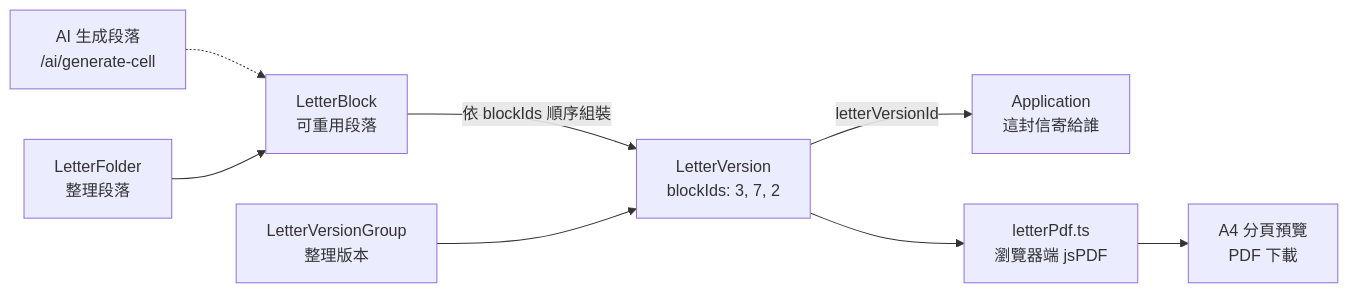
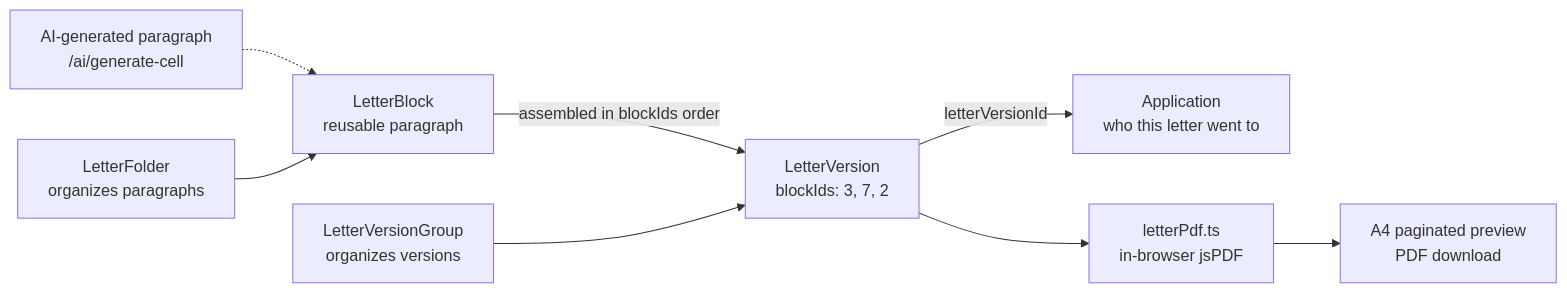
Before and after one commit to ychun816/scandiva: the fourth of 6 diagrams in NOTE.md, drawn with Mermaid. The commit also changed other lines of this file and 27 other files, not shown here.

````diff
--- a/NOTE.md
+++ b/NOTE.md
@@ -184,10 +184,10 @@
 ```mermaid
 flowchart LR
-    AI["AI 生成段落<br/>/ai/generate-cell"] -.-> B
-    F["LetterFolder<br/>整理段落"] --> B["LetterBlock<br/>可重用段落"]
-    B -->|"依 blockIds 順序組裝"| V["LetterVersion<br/>blockIds: 3, 7, 2"]
-    G["LetterVersionGroup<br/>整理版本"] --> V
-    V -->|"letterVersionId"| A["Application<br/>這封信寄給誰"]
-    V --> P["letterPdf.ts<br/>瀏覽器端 jsPDF"]
-    P --> O["A4 分頁預覽<br/>PDF 下載"]
+    AI["AI-generated paragraph<br/>/ai/generate-cell"] -.-> B
+    F["LetterFolder<br/>organizes paragraphs"] --> B["LetterBlock<br/>reusable paragraph"]
+    B -->|"assembled in blockIds order"| V["LetterVersion<br/>blockIds: 3, 7, 2"]
+    G["LetterVersionGroup<br/>organizes versions"] --> V
+    V -->|"letterVersionId"| A["Application<br/>who this letter went to"]
+    V --> P["letterPdf.ts<br/>in-browser jsPDF"]
+    P --> O["A4 paginated preview<br/>PDF download"]
 ```
````
